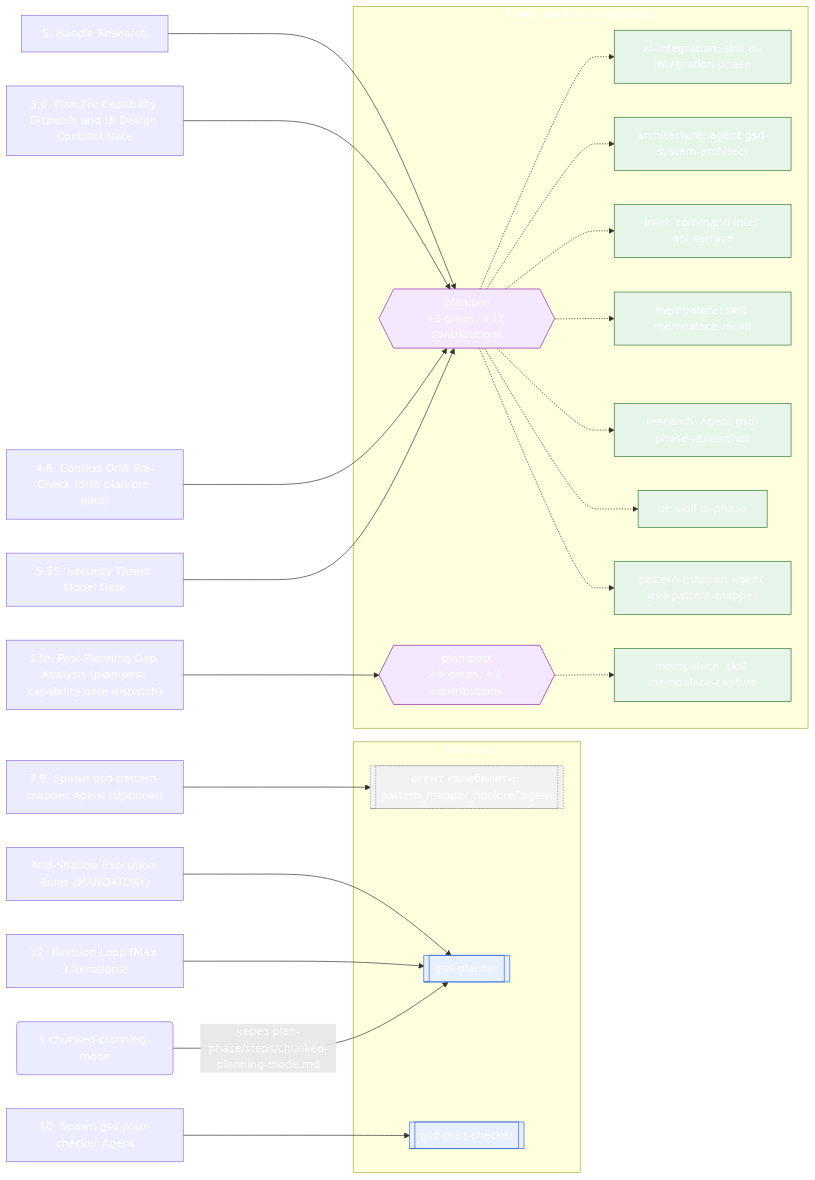
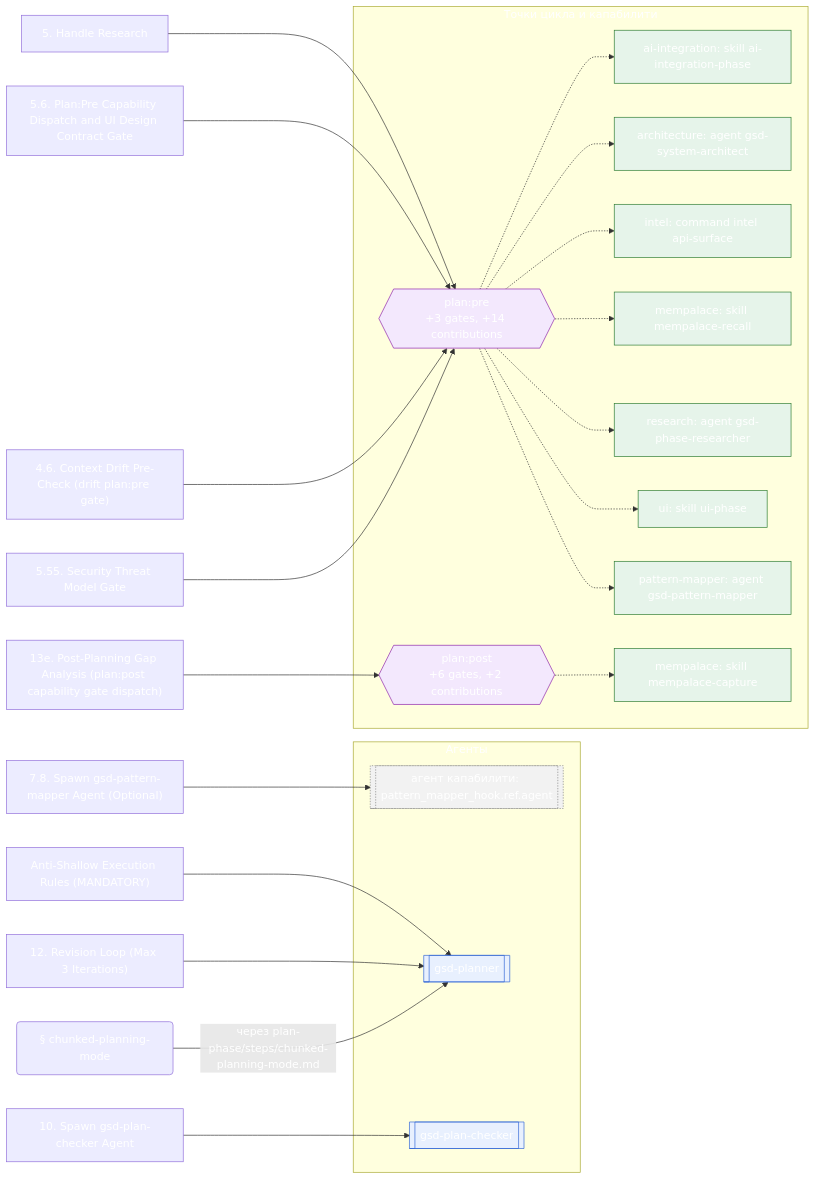
Before and after one commit to Govorin/gsd-core: the second of 2 diagrams in docs/reference/workflow-maps/plan-phase.md, drawn with Mermaid. The commit also changed 34 other files, not shown here.

````diff
--- a/docs/reference/workflow-maps/plan-phase.md
+++ b/docs/reference/workflow-maps/plan-phase.md
@@ -178,58 +178,58 @@
 ```mermaid
 flowchart LR
   subgraph g_agents["Агенты"]
     d_a_dyn_pattern_mapper_hook_ref_agent[["агент капабилити#58; pattern_mapper_hook.ref.agent"]]:::dynamic
     a_gsd_planner[["gsd-planner"]]:::agent
     a_gsd_plan_checker[["gsd-plan-checker"]]:::agent
   end
   subgraph g_points["Точки цикла и капабилити"]
-    p_plan_pre{{"plan#58;pre<br/>+3 gates, +12 contributions"}}:::point
+    p_plan_pre{{"plan#58;pre<br/>+3 gates, +14 contributions"}}:::point
     c_plan_pre_ai_integration_skill_ai_integration_phase["ai-integration#58; skill ai-integration-phase"]:::capability
     c_plan_pre_architecture_agent_gsd_system_architect["architecture#58; agent gsd-system-architect"]:::capability
     c_plan_pre_intel_command_intel_api_surface["intel#58; command intel api-surface"]:::capability
     c_plan_pre_mempalace_skill_mempalace_recall["mempalace#58; skill mempalace-recall"]:::capability
     c_plan_pre_research_agent_gsd_phase_researcher["research#58; agent gsd-phase-researcher"]:::capability
     c_plan_pre_ui_skill_ui_phase["ui#58; skill ui-phase"]:::capability
     c_plan_pre_pattern_mapper_agent_gsd_pattern_mapper["pattern-mapper#58; agent gsd-pattern-mapper"]:::capability
-    p_plan_post{{"plan#58;post<br/>+5 gates, +2 contributions"}}:::point
+    p_plan_post{{"plan#58;post<br/>+6 gates, +2 contributions"}}:::point
     c_plan_post_mempalace_skill_mempalace_capture["mempalace#58; skill mempalace-capture"]:::capability
   end
   u_heading_4_6__Context_Drift_Pre_Check__drift_plan_pre_gate_["4.6. Context Drift Pre-Check (drift plan#58;pre gate)"]
   u_heading_5__Handle_Research["5. Handle Research"]
   u_heading_5_55__Security_Threat_Model_Gate["5.55. Security Threat Model Gate"]
   u_heading_5_6__Plan_Pre_Capability_Dispatch_and_UI_Design_Contract_Gate["5.6. Plan#58;Pre Capability Dispatch and UI Design Contract Gate"]
   u_heading_7_8__Spawn_gsd_pattern_mapper_Agent__Optional_["7.8. Spawn gsd-pattern-mapper Agent (Optional)"]
   u_heading_Anti_Shallow_Execution_Rules__MANDATORY_["Anti-Shallow Execution Rules (MANDATORY)"]
   u_section_chunked_planning_mode("§ chunked-planning-mode")
   u_heading_10__Spawn_gsd_plan_checker_Agent["10. Spawn gsd-plan-checker Agent"]
   u_heading_12__Revision_Loop__Max_3_Iterations_["12. Revision Loop (Max 3 Iterations)"]
   u_heading_13e__Post_Planning_Gap_Analysis__plan_post_capability_gate_dispatch_["13e. Post-Planning Gap Analysis (plan#58;post capability gate dispatch)"]
   p_plan_pre -.-> c_plan_pre_ai_integration_skill_ai_integration_phase
   p_plan_pre -.-> c_plan_pre_architecture_agent_gsd_system_architect
   p_plan_pre -.-> c_plan_pre_intel_command_intel_api_surface
   p_plan_pre -.-> c_plan_pre_mempalace_skill_mempalace_recall
   p_plan_pre -.-> c_plan_pre_research_agent_gsd_phase_researcher
   p_plan_pre -.-> c_plan_pre_ui_skill_ui_phase
   p_plan_pre -.-> c_plan_pre_pattern_mapper_agent_gsd_pattern_mapper
   u_heading_5__Handle_Research --> p_plan_pre
   u_heading_5_6__Plan_Pre_Capability_Dispatch_and_UI_Design_Contract_Gate --> p_plan_pre
   u_heading_7_8__Spawn_gsd_pattern_mapper_Agent__Optional_ --> d_a_dyn_pattern_mapper_hook_ref_agent
   u_heading_Anti_Shallow_Execution_Rules__MANDATORY_ --> a_gsd_planner
   u_heading_10__Spawn_gsd_plan_checker_Agent --> a_gsd_plan_checker
   u_heading_12__Revision_Loop__Max_3_Iterations_ --> a_gsd_planner
   u_section_chunked_planning_mode -->|"через plan-phase/steps/chunked-planning-mode.md"| a_gsd_planner
   u_heading_4_6__Context_Drift_Pre_Check__drift_plan_pre_gate_ --> p_plan_pre
   u_heading_5_55__Security_Threat_Model_Gate --> p_plan_pre
   p_plan_post -.-> c_plan_post_mempalace_skill_mempalace_capture
   u_heading_13e__Post_Planning_Gap_Analysis__plan_post_capability_gate_dispatch_ --> p_plan_post
   classDef missing fill:#fdecea,stroke:#d33,stroke-dasharray:4 3
   classDef unparsed fill:#f5f5f5,stroke:#999999,stroke-dasharray:4 3,color:#555
   classDef conditional fill:#fff8e1,stroke:#b28704
   classDef root fill:#263238,color:#ffffff,stroke:#263238
   classDef agent fill:#e8f0fe,stroke:#3367d6
   classDef builtin fill:#eeeeee,stroke:#777777
   classDef capability fill:#e6f4ea,stroke:#2e7d32
   classDef dynamic fill:#f2f2f2,stroke:#888,stroke-dasharray:2 2
   classDef point fill:#f3e8fd,stroke:#8e24aa
   classDef workflow fill:#ffffff,stroke:#555555
 ```
````
